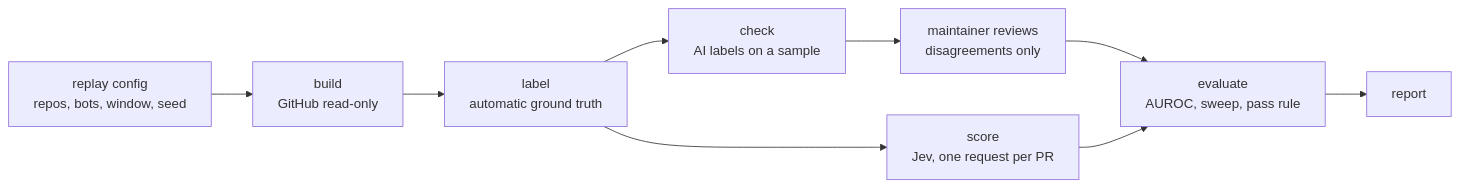
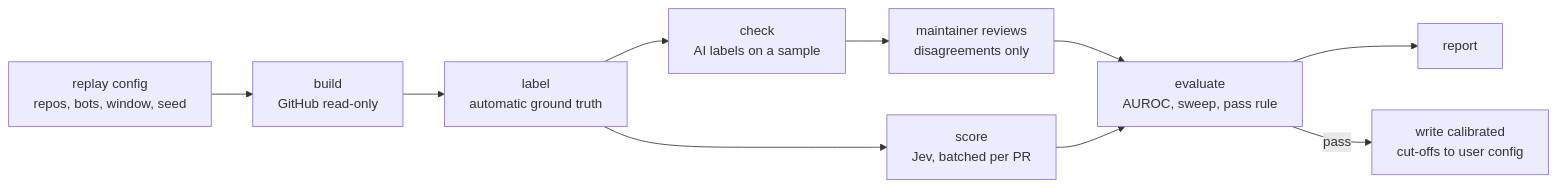
Before and after one commit to lbildzinkas/quiet-review-axi: the diagram in docs/spec.md, drawn with Mermaid. The commit also changed other lines of this file and 1 other file, not shown here.

````diff
--- a/docs/spec.md
+++ b/docs/spec.md
@@ -611,11 +776,12 @@
 ```mermaid
 flowchart LR
   A[replay config<br/>repos, bots, window, seed] --> B[build<br/>GitHub read-only]
   B --> C[label<br/>automatic ground truth]
   C --> D[check<br/>AI labels on a sample]
   D --> E[maintainer reviews<br/>disagreements only]
-  C --> F[score<br/>Jev, one request per PR]
+  C --> F[score<br/>Jev, batched per PR]
   E --> G[evaluate<br/>AUROC, sweep, pass rule]
   F --> G
   G --> H[report]
+  G -- pass --> I[write calibrated<br/>cut-offs to user config]
 ```
````
